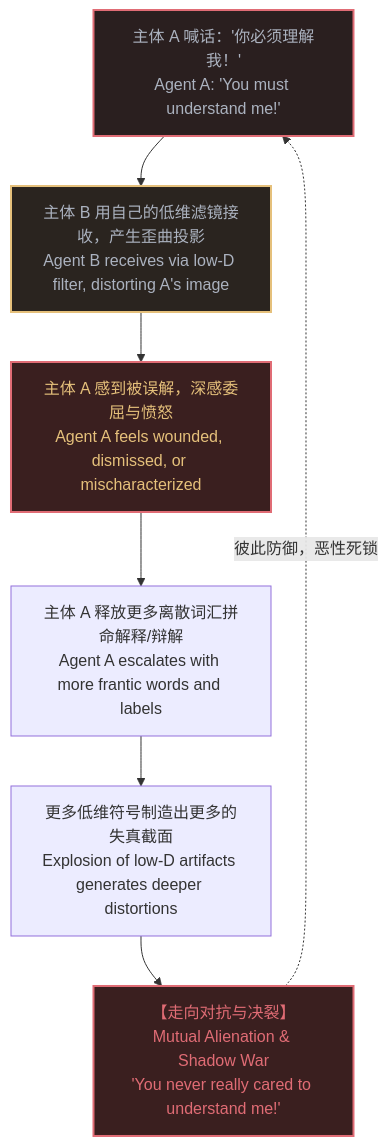
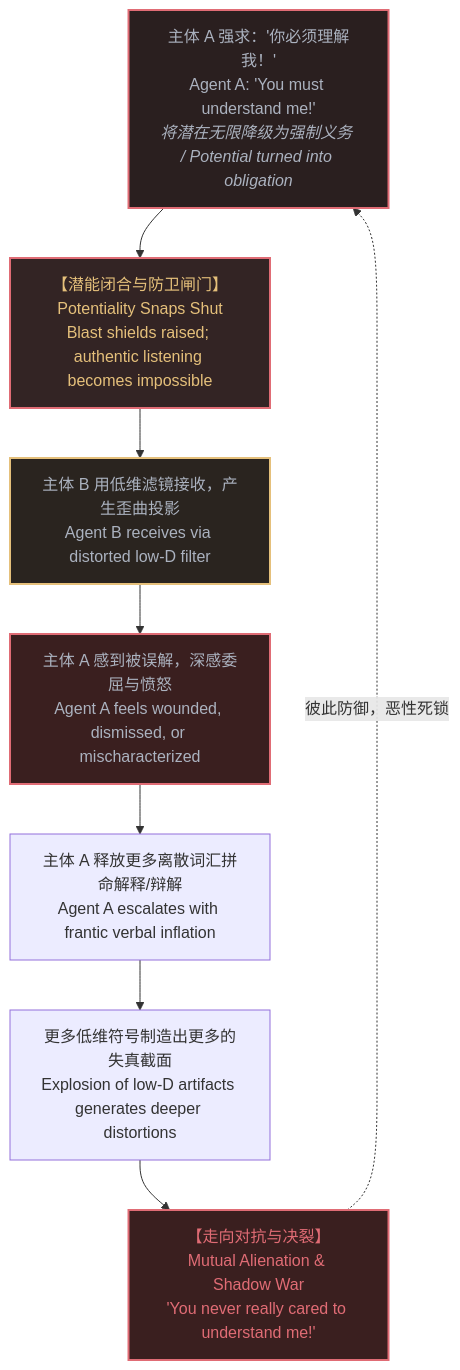
One commit to powerpig99/not-a-toe changed the third of 4 diagrams in content/posts/the-asymmetry-of-understanding.md. Above: the diagram before and after it, drawn with Mermaid. The commit also changed other lines of this file and 3 other files, not shown here.

Commit message:
Integrate potential vs obligation revelation into Post 303

````diff
--- a/content/posts/the-asymmetry-of-understanding.md
+++ b/content/posts/the-asymmetry-of-understanding.md
@@ -133,21 +133,24 @@
 ```mermaid
 graph TB
-    DemandA["主体 A 喊话：'你必须理解我！'<br>Agent A: 'You must understand me!'"]
-    ProjectionB["主体 B 用自己的低维滤镜接收，产生歪曲投影<br>Agent B receives via low-D filter, distorting A's image"]
+    DemandA["主体 A 强求：'你必须理解我！'<br>Agent A: 'You must understand me!'<br><i>将潜在无限降级为强制义务 / Potential turned into obligation</i>"]
+    ObligationTrap["【潜能闭合与防卫闸门】<br>Potentiality Snaps Shut<br>Blast shields raised; authentic listening becomes impossible"]
+    ProjectionB["主体 B 用低维滤镜接收，产生歪曲投影<br>Agent B receives via distorted low-D filter"]
     HurtA["主体 A 感到被误解，深感委屈与愤怒<br>Agent A feels wounded, dismissed, or mischaracterized"]
-    EscalateA["主体 A 释放更多离散词汇拼命解释/辩解<br>Agent A escalates with more frantic words and labels"]
+    EscalateA["主体 A 释放更多离散词汇拼命解释/辩解<br>Agent A escalates with frantic verbal inflation"]
     DistortionB["更多低维符号制造出更多的失真截面<br>Explosion of low-D artifacts generates deeper distortions"]
     WarZone["【走向对抗与决裂】<br>Mutual Alienation & Shadow War<br>'You never really cared to understand me!'"]
 
-    DemandA --> ProjectionB
+    DemandA --> ObligationTrap
+    ObligationTrap --> ProjectionB
     ProjectionB --> HurtA
     HurtA --> EscalateA
     EscalateA --> DistortionB
     DistortionB --> WarZone
     WarZone -.->|"彼此防御，恶性死锁"| DemandA
 
     style DemandA fill:#2a1f1f,stroke:#e06c75,stroke-width:2px,color:#abb2bf
+    style ObligationTrap fill:#332424,stroke:#e06c75,stroke-width:2px,color:#e5c07b
     style ProjectionB fill:#2a241f,stroke:#e5c07b,stroke-width:2px,color:#abb2bf
-    style HurtA fill:#3a1f1f,stroke:#e06c75,stroke-width:2px,color:#e5c07b
+    style HurtA fill:#3a1f1f,stroke:#e06c75,stroke-width:2px,color:#abb2bf
     style WarZone fill:#3a1f1f,stroke:#e06c75,stroke-width:2px,color:#e06c75
 ```
````
